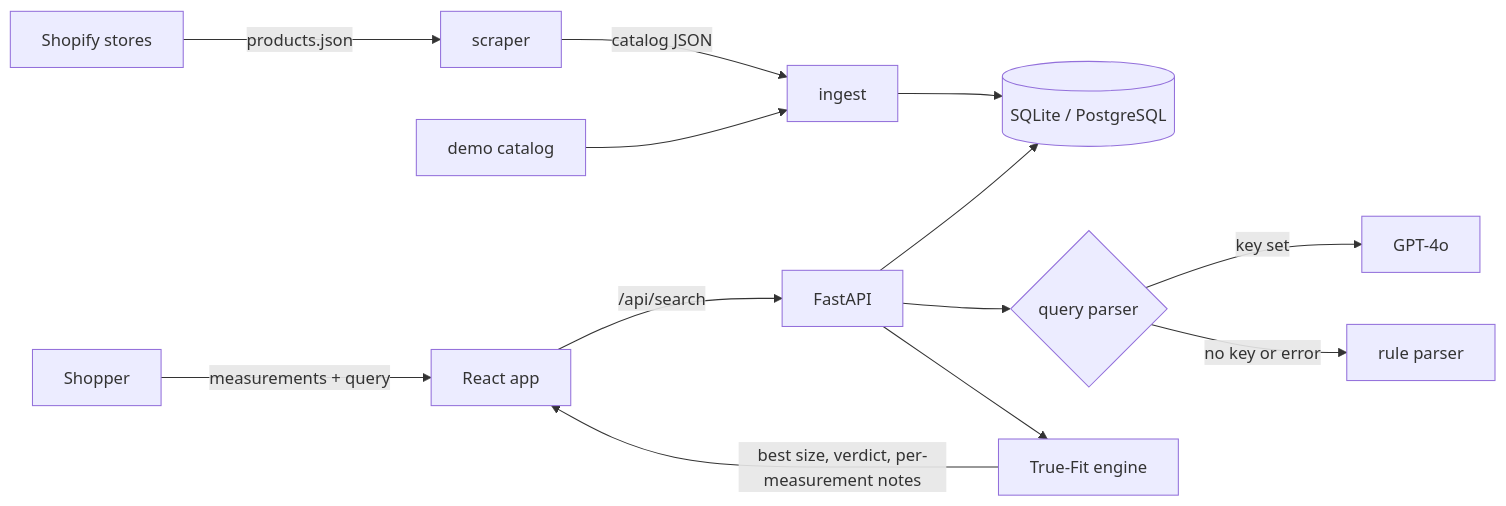
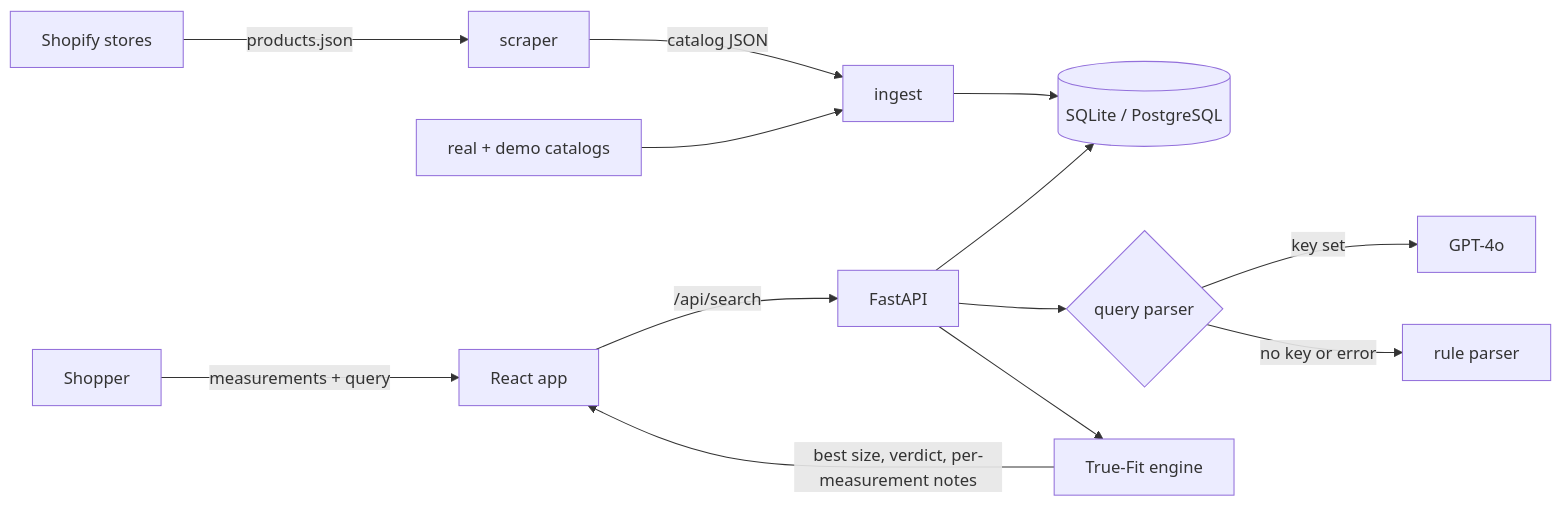
The diagram in README.md (rebuild009/FITFINDER), drawn with Mermaid before and after one commit. The commit also changed other lines of this file and 19 other files, not shown here.

First line of the commit message:
Real catalog: 653 products and brand size charts from 3 Indian stores

````diff
--- a/README.md
+++ b/README.md
@@ -59,15 +62,15 @@
 ```mermaid
 flowchart LR
     S[Shopify stores] -->|products.json| SC[scraper]
     SC -->|catalog JSON| IN[ingest]
-    SEED[demo catalog] --> IN
+    SEED[real + demo catalogs] --> IN
     IN --> DB[(SQLite / PostgreSQL)]
     U[Shopper] -->|measurements + query| FE[React app]
     FE -->|/api/search| API[FastAPI]
     API --> P{query parser}
     P -->|key set| GPT[GPT-4o]
     P -->|no key or error| R[rule parser]
     API --> DB
     API --> TF[True-Fit engine]
     TF -->|best size, verdict, per-measurement notes| FE
 ```
````
